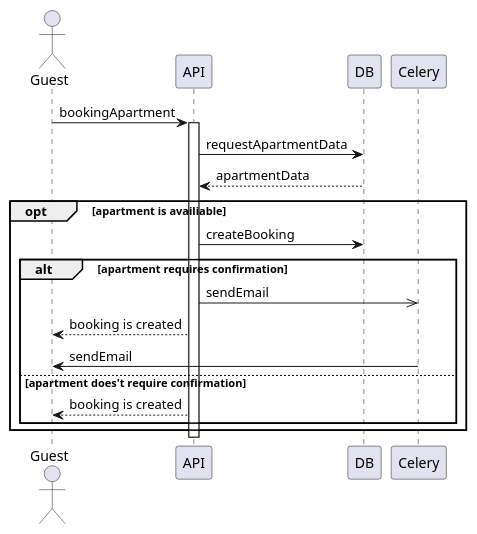
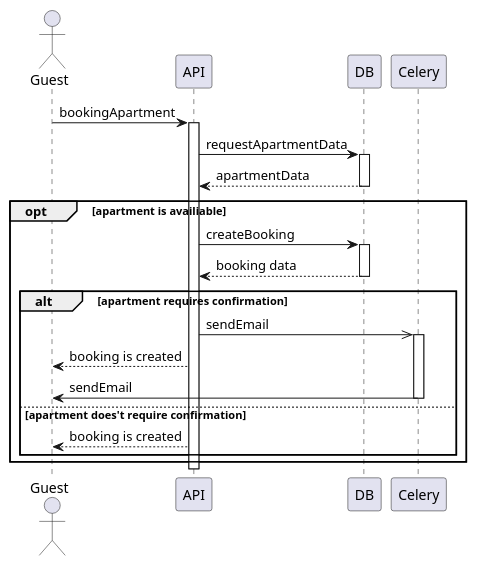
The diagram in lab3/sequence-2.md (opvlad/kpi-mavpz), drawn with PlantUML before and after one commit. The commit also changed 2 other files, not shown here.

Commit message:
fix: activation bars for DB, WFP, Celery

````diff
--- a/lab3/sequence-2.md
+++ b/lab3/sequence-2.md
@@ -2,25 +2,32 @@
 ```plantuml
 @startuml
 
 actor Guest as guest
 
 guest -> API : bookingApartment
 
 activate API
 API -> DB : requestApartmentData
+activate DB
 DB --> API : apartmentData
+deactivate DB
 
 opt apartment is availiable
 API -> DB : createBooking
+activate DB 
+DB --> API : booking data 
+deactivate DB
 alt apartment requires confirmation
 API ->> Celery : sendEmail
+activate Celery
 API --> guest : booking is created
 Celery -> guest : sendEmail
+deactivate Celery
 else apartment does't require confirmation
 API --> guest : booking is created
 end
 end
 deactivate API
 
 @enduml
 ```
````
